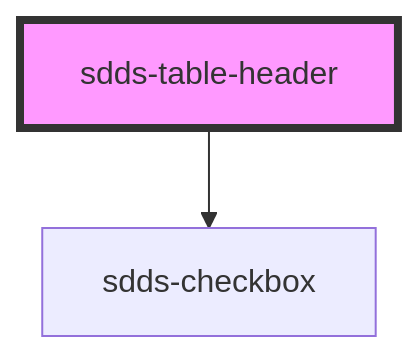
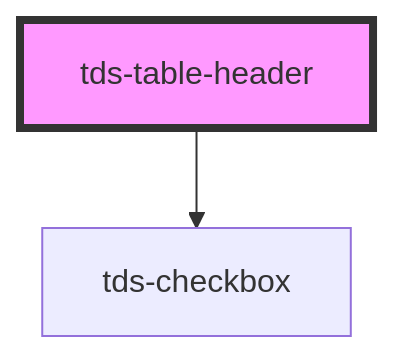
One commit to scania-digital-design-system/tegel changed the diagram in core/src/components/table/table-header/readme.md. Above: the diagram before and after it, drawn with Mermaid. The commit also changed other lines of this file and 41 other files, not shown here.

````diff
--- a/core/src/components/table/table-header/readme.md
+++ b/core/src/components/table/table-header/readme.md
@@ -15,5 +15,5 @@
 ```mermaid
 graph TD;
-  sdds-table-header --> sdds-checkbox
-  style sdds-table-header fill:#f9f,stroke:#333,stroke-width:4px
+  tds-table-header --> tds-checkbox
+  style tds-table-header fill:#f9f,stroke:#333,stroke-width:4px
 ```
````
